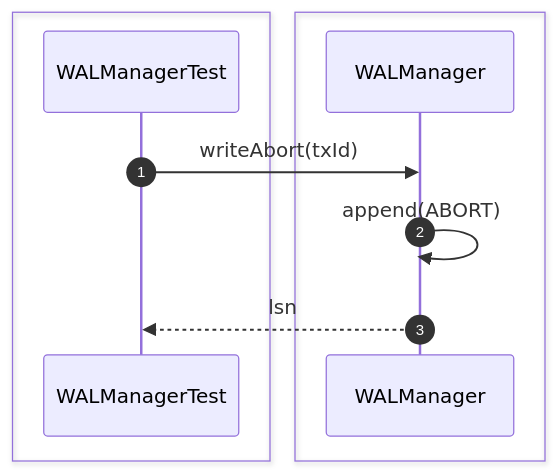
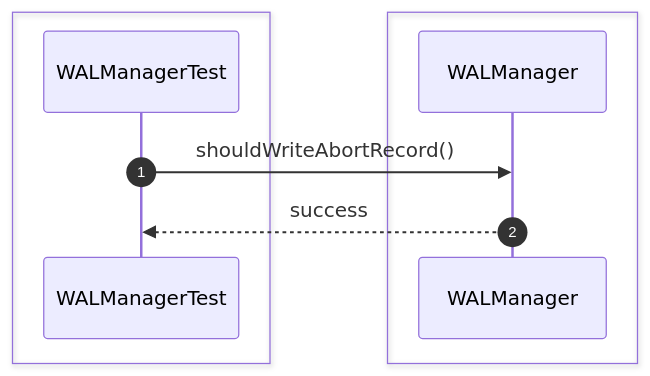
One commit to Huy1801214/dbms-architecture changed the seventh of 28 diagrams in src/sequence/recovery.md. Above: the diagram before and after it, drawn with Mermaid. The commit also changed other lines of this file and 68 other files, not shown here.

Commit message:
implement comprehensive unit test suite and architectural sequence documentation

````diff
--- a/src/sequence/recovery.md
+++ b/src/sequence/recovery.md
@@ -110,15 +96,13 @@
 ```mermaid
 sequenceDiagram
     autonumber
-
     box #e1f5fe Test Suite
     participant Test as WALManagerTest
     end
-    box #ffebee Recovery Components
-    participant WAL as WALManager
+    box #ffebee WALManager Component
+    participant WALM as WALManager
     end
 
-    Test->>WAL: writeAbort(txId)
-    WAL->>WAL: append(ABORT)
-    WAL-->>Test: lsn
+    Test->>WALM: shouldWriteAbortRecord()
+    WALM-->>Test: success
 ```
````
